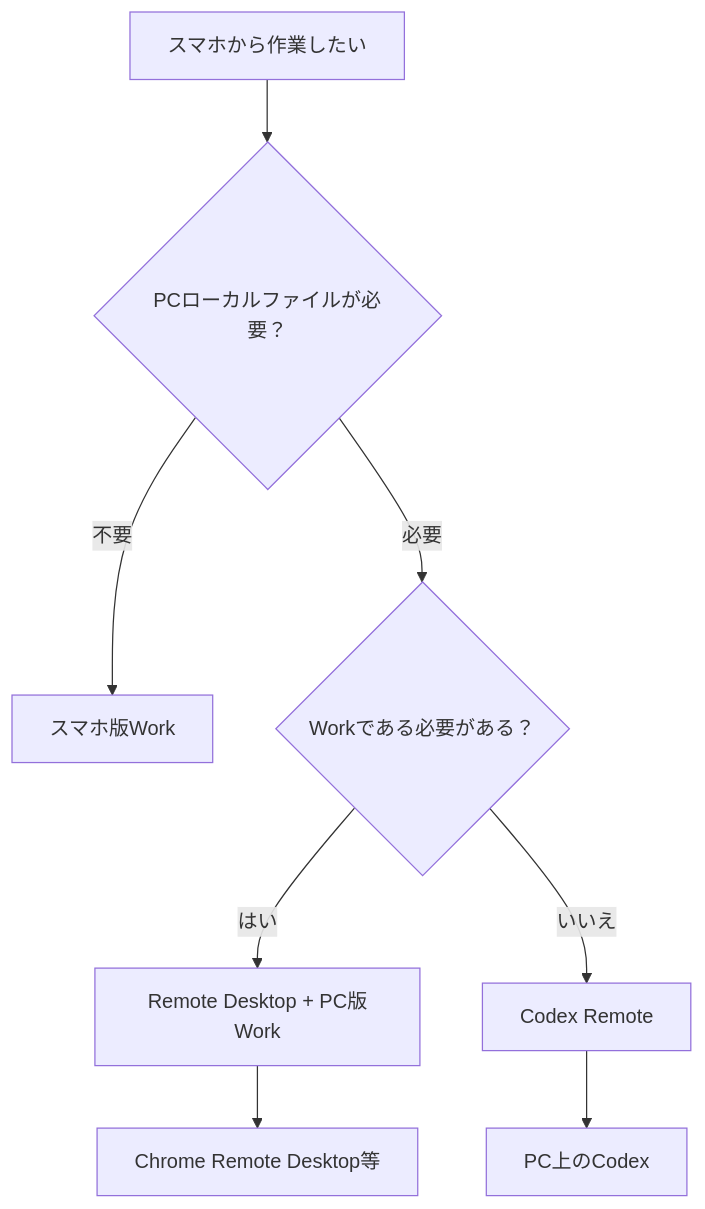
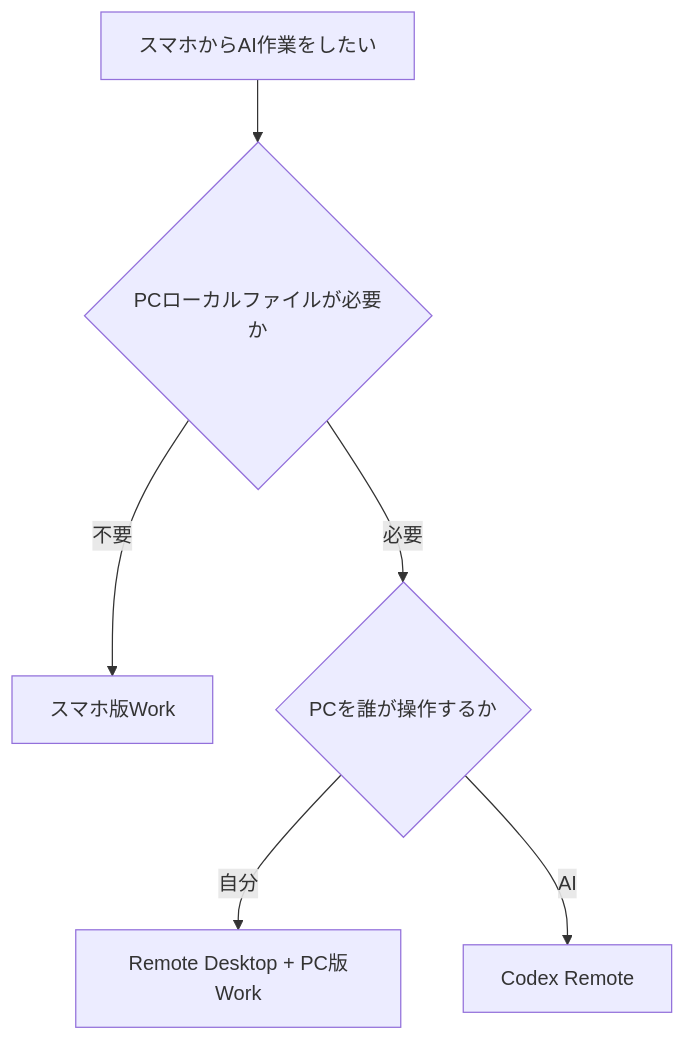
Before and after one commit to fukkamaru/digital-garden: the fifth of 5 diagrams in content/31_Research/スマートフォンからChatGPT Work／Codex／PCを遠隔利用する方法の整理.md, drawn with Mermaid. The commit also changed other lines of this file and 319 other files, not shown here.

````diff
--- a/content/31_Research/スマートフォンからChatGPT Work／Codex／PCを遠隔利用する方法の整理.md
+++ b/content/31_Research/スマートフォンからChatGPT Work／Codex／PCを遠隔利用する方法の整理.md
@@ -837,15 +220,8 @@
 ```mermaid
 flowchart TD
-    A[スマホから作業したい]
-
-    A --> B{PCローカルファイルが必要？}
-
+    A[スマホからAI作業をしたい] --> B{PCローカルファイルが必要か}
     B -->|不要| C[スマホ版Work]
-    B -->|必要| D{Workである必要がある？}
-
-    D -->|はい| E[Remote Desktop + PC版Work]
-    D -->|いいえ| F[Codex Remote]
-
-    E --> G[Chrome Remote Desktop等]
-    F --> H[PC上のCodex]
+    B -->|必要| D{PCを誰が操作するか}
+    D -->|自分| E[Remote Desktop + PC版Work]
+    D -->|AI| F[Codex Remote]
 ```
````
